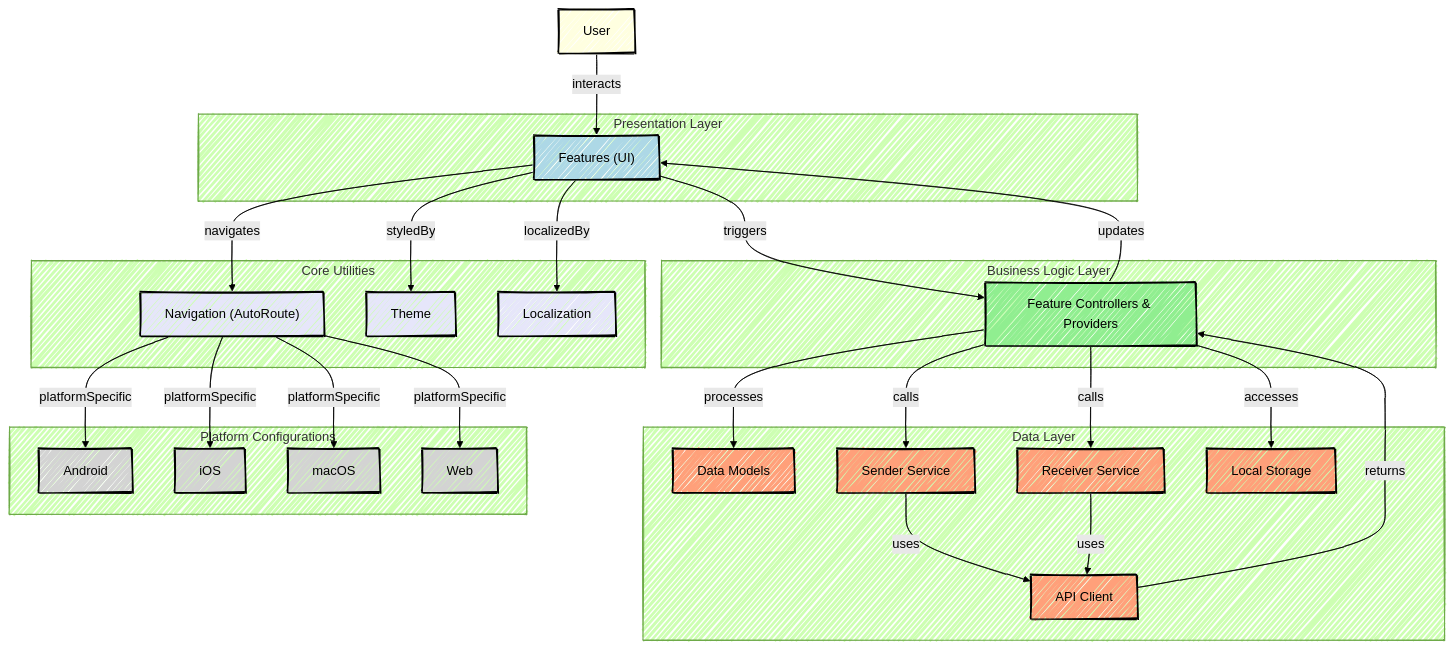
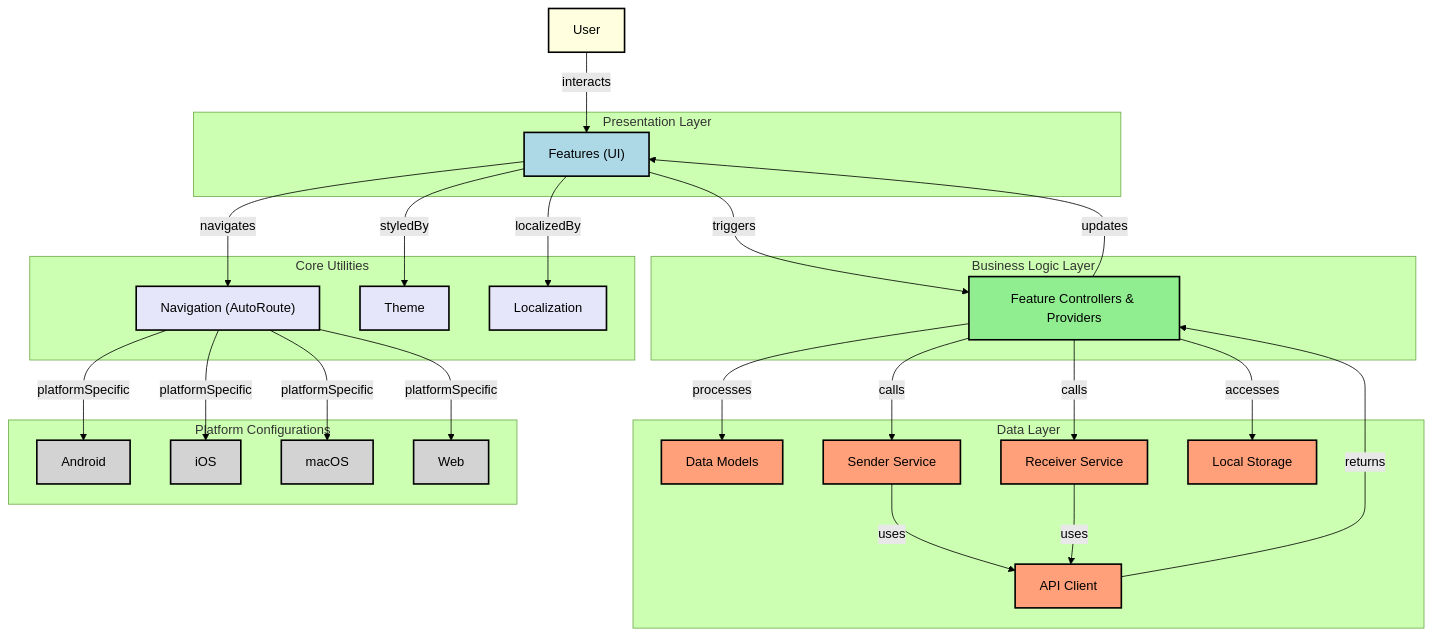
The diagram in README.md (Shreemanarjun/flutter_sharez), drawn with Mermaid before and after one commit.

Commit message:
Remove hand-drawn style from mermaid diagram theme in README for consistency

````diff
--- a/README.md
+++ b/README.md
@@ -228,5 +228,5 @@
 ```mermaid
-%%{init: { 'theme': 'forest', 'look': 'handDrawn' } }%%
+%%{init: { 'theme': 'forest' } }%%
 
 flowchart TB
     %% External / User
````
